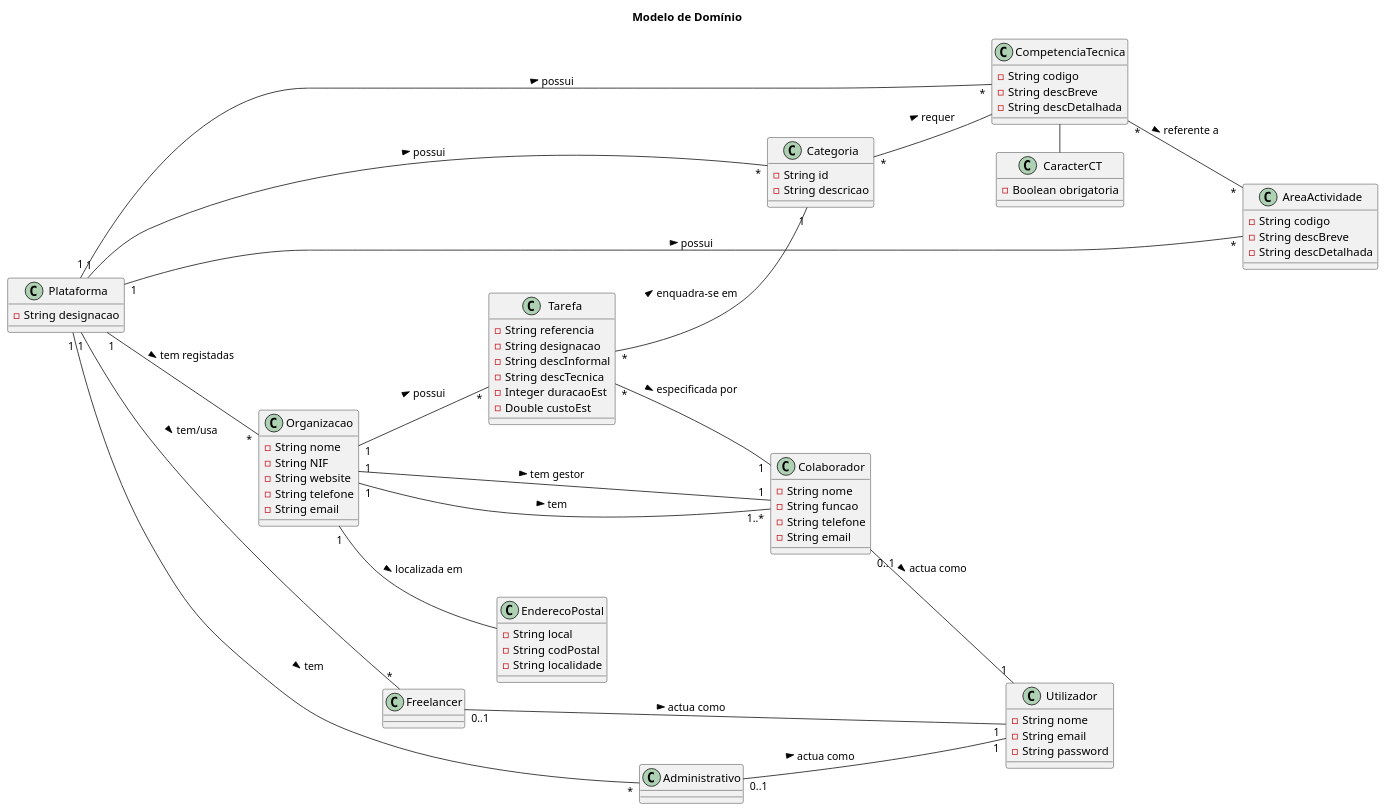
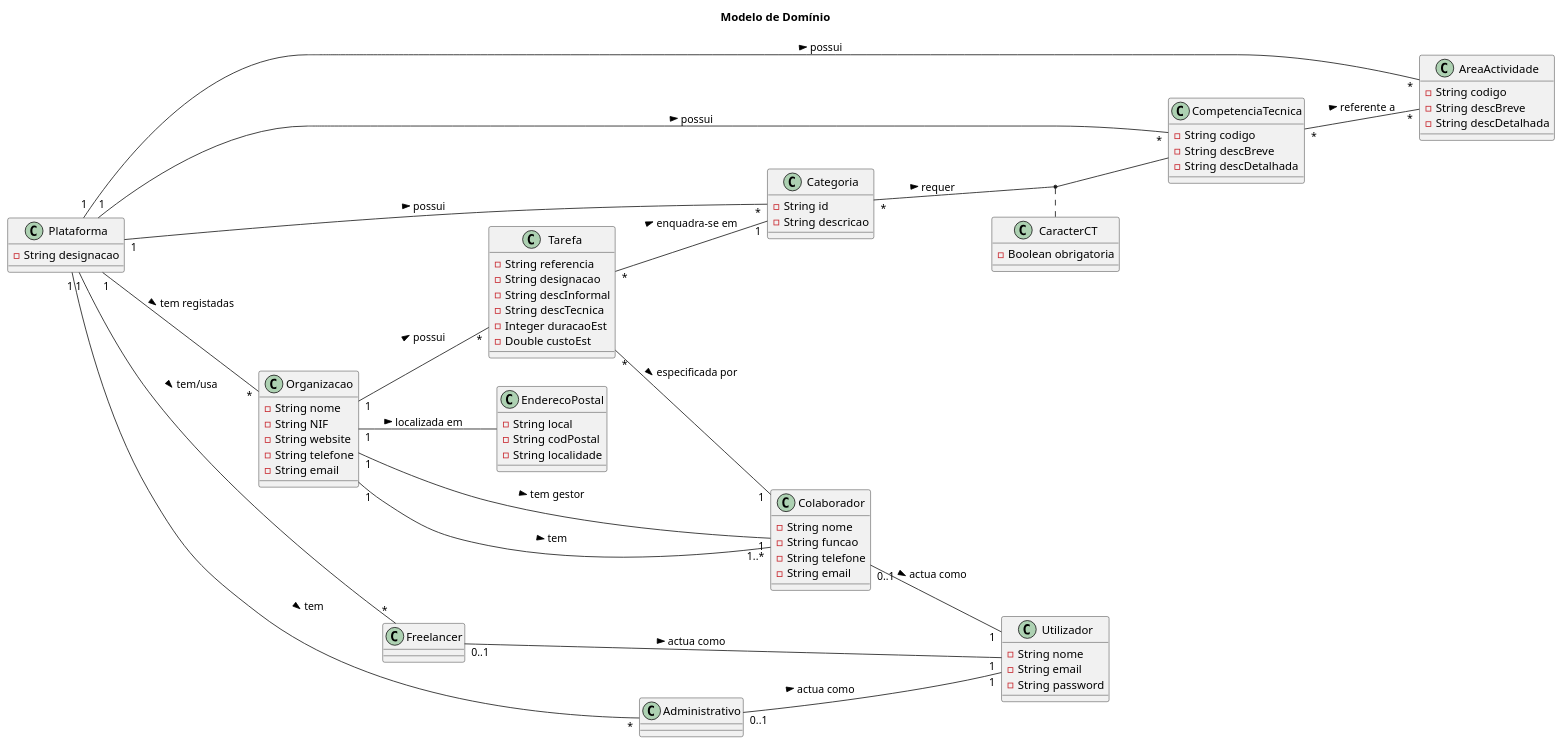
Before and after one commit to blestonbandeiraUPSKILL/upskill_java1_labprg_grupo2: the diagram in Sprint 2/Modelo_Dominio.puml, drawn with PlantUML. The commit also changed 6 other files, not shown here.

```diff
--- a/Sprint 2/Modelo_Dominio.puml
+++ b/Sprint 2/Modelo_Dominio.puml
@@ -1,94 +1,94 @@
 @startuml
 title Modelo de Domínio
 
 left to right direction
 class Plataforma {
     -String designacao
 }
 
 class AreaActividade {
     -String codigo
     -String descBreve
     -String descDetalhada
 }
 
 class CompetenciaTecnica {
     -String codigo
     -String descBreve
     -String descDetalhada
 }
 
 class Organizacao {
     -String nome
     -String NIF
     -String website
     -String telefone
     -String email
 }
 
 class Tarefa {
     -String referencia
     -String designacao
     -String descInformal
     -String descTecnica
     -Integer duracaoEst
     -Double custoEst
 }
 
 class CaracterCT {
     -Boolean obrigatoria
 }
 
 class Categoria {
     -String id
     -String descricao 
 }
 
 class Colaborador {
     -String nome
     -String funcao
     -String telefone
     -String email
 }
 
 class EnderecoPostal {
     -String local
     -String codPostal
     -String localidade
 }
 
 class Freelancer {
 
 }
 
 class Administrativo {
 
 }
 
 class Utilizador {
     -String nome
     -String email
     -String password
 }
 
 Plataforma"1" -- "*"Organizacao: tem registadas >
 Plataforma"1" -- "*"Freelancer: tem/usa >
 Plataforma"1" -- "*"Administrativo: tem >
 Plataforma"1" -- "*"AreaActividade: possui >
 Plataforma"1" -- "*"CompetenciaTecnica: possui >
 Plataforma"1" -- "*"Categoria: possui >
 Tarefa"*" -- "1"Categoria: enquadra-se em >
 Tarefa"*" -- "1"Colaborador: especificada por >
 CompetenciaTecnica"*" -- "*"AreaActividade: referente a >
 Organizacao"1" -- "*"Tarefa: possui >
 Organizacao"1" -- EnderecoPostal: localizada em >
 Organizacao"1" -- "1"Colaborador: tem gestor >
 Organizacao"1" -- "1..*"Colaborador: tem >
 Freelancer"0..1" -- "1"Utilizador: actua como >
 Administrativo"0..1" -- "1"Utilizador: actua como >
 Colaborador"0..1" -- "1"Utilizador: actua como >
 Categoria"*" -- CompetenciaTecnica: requer >
-CompetenciaTecnica - CaracterCT
+(Categoria, CompetenciaTecnica) . CaracterCT
 
 
 @enduml
```
